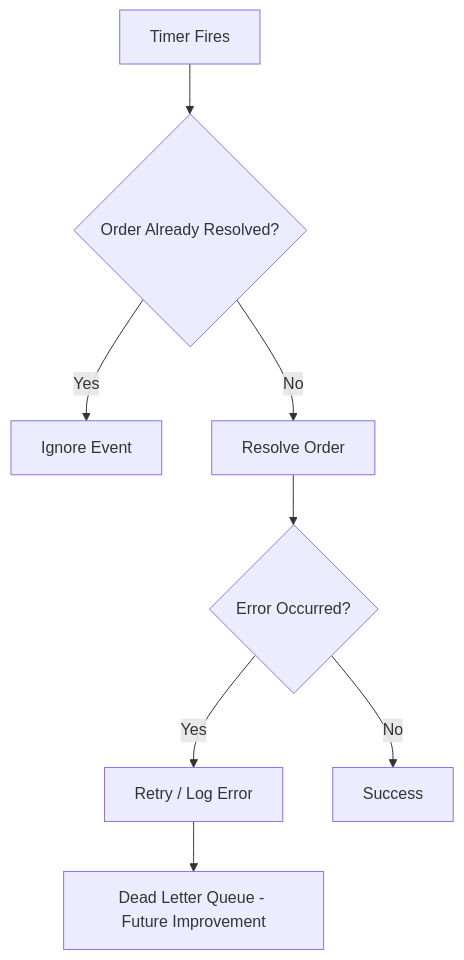
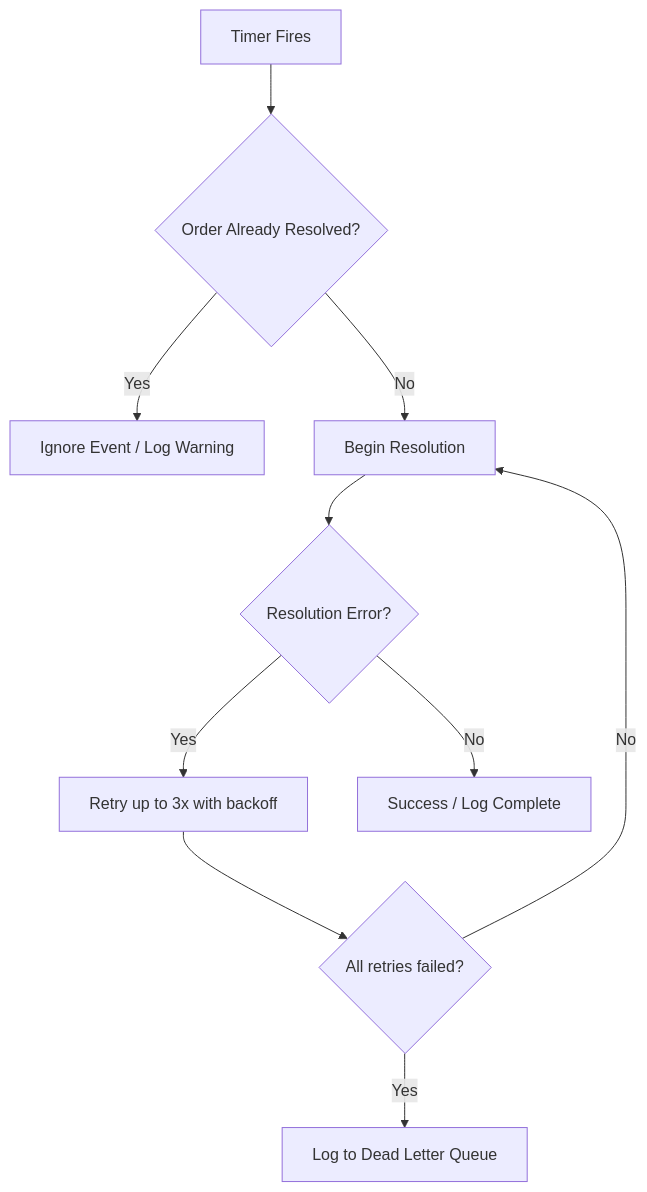
The fourth of 5 diagrams in README.md (QinisoCele/event-driven-dnr-system), drawn with Mermaid before and after one commit. The commit also changed other lines of this file, not shown here.

````diff
--- a/README.md
+++ b/README.md
@@ -137,12 +148,14 @@
 ```mermaid
 flowchart TD
     A[Timer Fires] --> B{Order Already Resolved?}
-    B -- Yes --> C[Ignore Event]
-    B -- No --> D[Resolve Order]
+    B -- Yes --> C[Ignore Event / Log Warning]
+    B -- No --> D[Begin Resolution]
 
-    D --> E{Error Occurred?}
-    E -- Yes --> F[Retry / Log Error]
-    E -- No --> G[Success]
+    D --> E{Resolution Error?}
+    E -- Yes --> F[Retry up to 3x with backoff]
+    E -- No --> G[Success / Log Complete]
 
-    F --> H[Dead Letter Queue - Future Improvement]
+    F --> H{All retries failed?}
+    H -- Yes --> I[Log to Dead Letter Queue]
+    H -- No --> D
 ```
````
